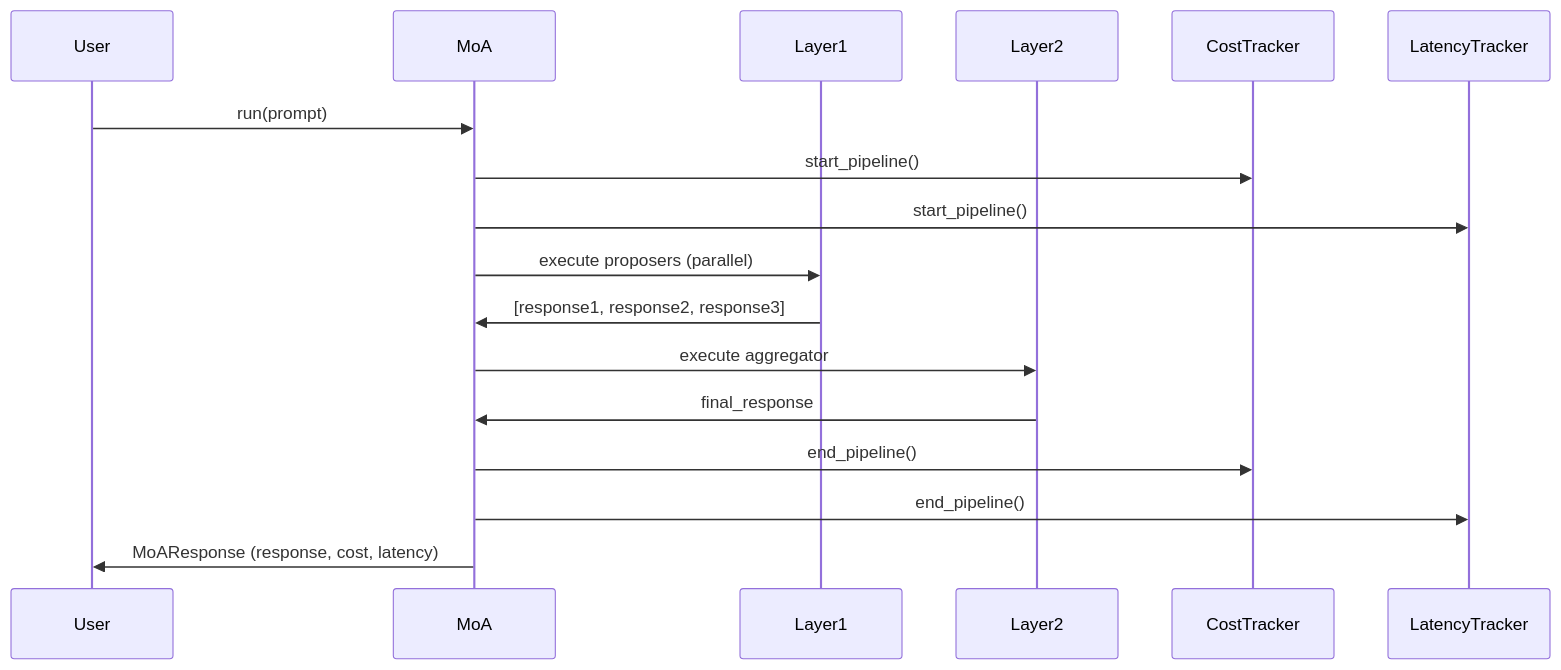
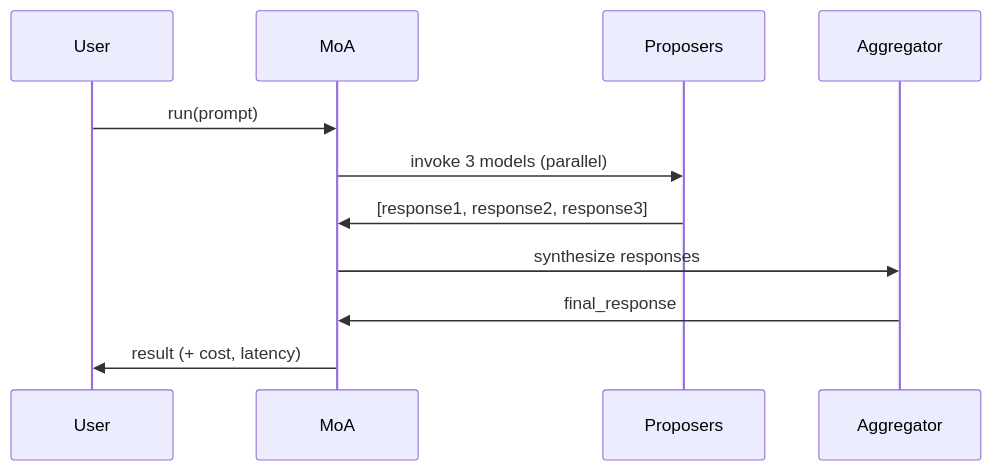
Before and after one commit to ccrngd1/ProtoGensis: the diagram in ensemble-moa-bedrock-guide/README.md, drawn with Mermaid. The commit also changed other lines of this file and 6 other files, not shown here.

````diff
--- a/ensemble-moa-bedrock-guide/README.md
+++ b/ensemble-moa-bedrock-guide/README.md
@@ -360,24 +265,14 @@
 ```mermaid
 sequenceDiagram
     participant User
     participant MoA
-    participant Layer1
-    participant Layer2
-    participant CostTracker
-    participant LatencyTracker
-
+    participant Proposers
+    participant Aggregator
+    
     User->>MoA: run(prompt)
-    MoA->>CostTracker: start_pipeline()
-    MoA->>LatencyTracker: start_pipeline()
-
-    MoA->>Layer1: execute proposers (parallel)
-    Layer1->>MoA: [response1, response2, response3]
-
-    MoA->>Layer2: execute aggregator
-    Layer2->>MoA: final_response
-
-    MoA->>CostTracker: end_pipeline()
-    MoA->>LatencyTracker: end_pipeline()
-
-    MoA->>User: MoAResponse (response, cost, latency)
+    MoA->>Proposers: invoke 3 models (parallel)
+    Proposers->>MoA: [response1, response2, response3]
+    MoA->>Aggregator: synthesize responses
+    Aggregator->>MoA: final_response
+    MoA->>User: result (+ cost, latency)
 ```
````
